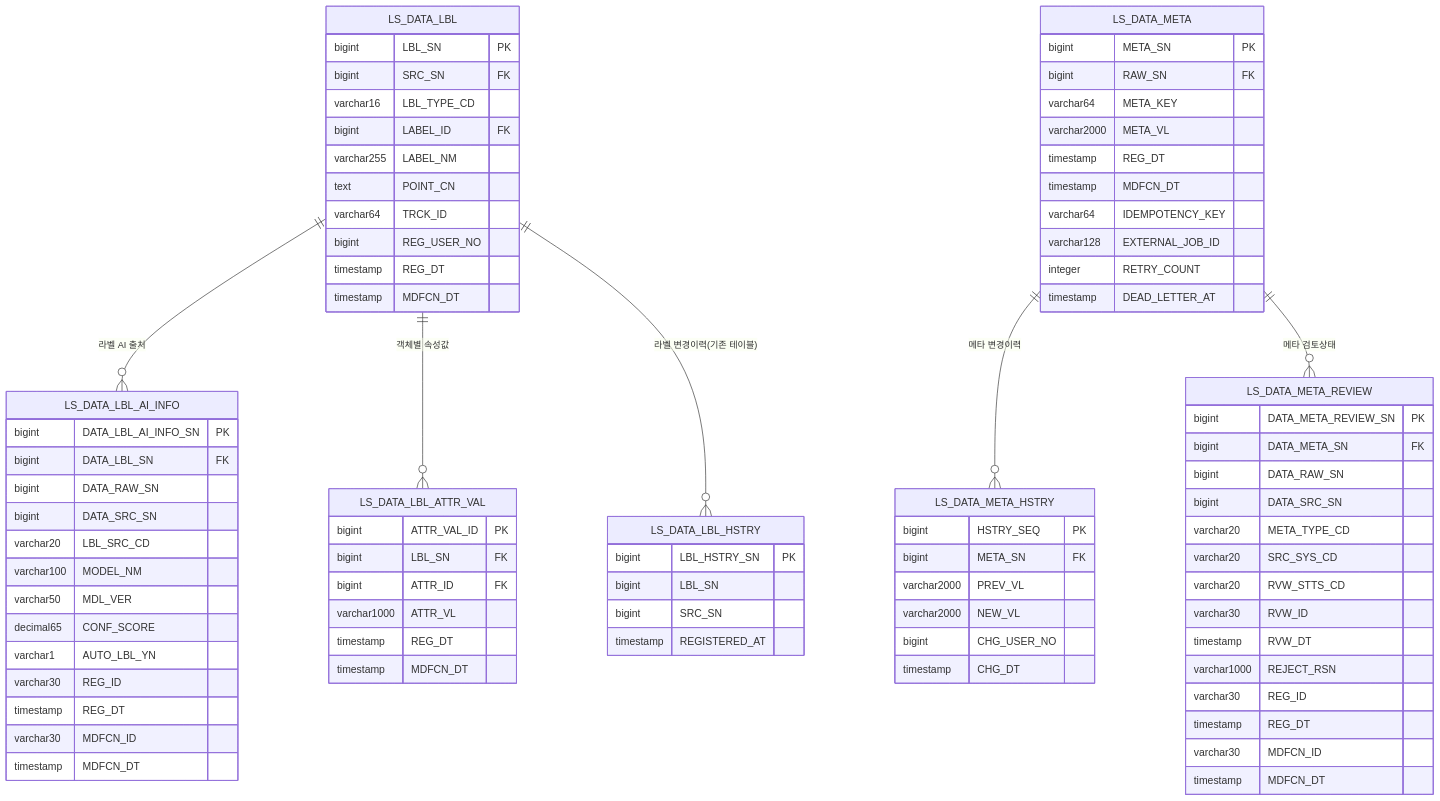
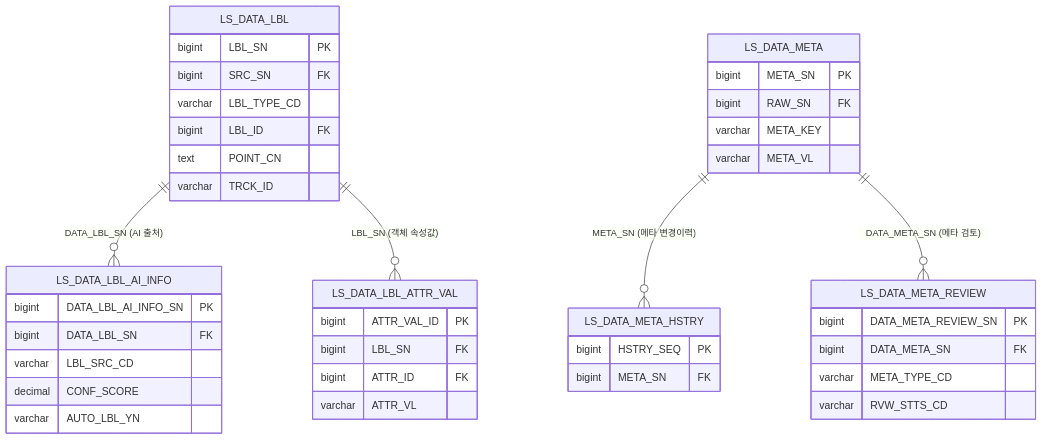
One commit to New-stella/klid-label changed the second of 13 diagrams in docs/design/D8-엔티티관계모형설계서.md. Above: the diagram before and after it, drawn with Mermaid. The commit also changed other lines of this file and 6 other files, not shown here.

````diff
--- a/docs/design/D8-엔티티관계모형설계서.md
+++ b/docs/design/D8-엔티티관계모형설계서.md
@@ -47,87 +102,44 @@
 ```mermaid
 erDiagram
+    LS_DATA_LBL ||--o{ LS_DATA_LBL_AI_INFO : "DATA_LBL_SN (AI 출처)"
+    LS_DATA_LBL ||--o{ LS_DATA_LBL_ATTR_VAL : "LBL_SN (객체 속성값)"
+    LS_DATA_META ||--o{ LS_DATA_META_HSTRY : "META_SN (메타 변경이력)"
+    LS_DATA_META ||--o{ LS_DATA_META_REVIEW : "DATA_META_SN (메타 검토)"
     LS_DATA_LBL {
         bigint LBL_SN PK
         bigint SRC_SN FK
-        varchar16 LBL_TYPE_CD
-        bigint LABEL_ID FK
-        varchar255 LABEL_NM
+        varchar LBL_TYPE_CD
+        bigint LBL_ID FK
         text POINT_CN
-        varchar64 TRCK_ID
-        bigint REG_USER_NO
-        timestamp REG_DT
-        timestamp MDFCN_DT
+        varchar TRCK_ID
     }
     LS_DATA_LBL_AI_INFO {
         bigint DATA_LBL_AI_INFO_SN PK
         bigint DATA_LBL_SN FK
-        bigint DATA_RAW_SN
-        bigint DATA_SRC_SN
-        varchar20 LBL_SRC_CD
-        varchar100 MODEL_NM
-        varchar50 MDL_VER
-        decimal65 CONF_SCORE
-        varchar1 AUTO_LBL_YN
-        varchar30 REG_ID
-        timestamp REG_DT
-        varchar30 MDFCN_ID
-        timestamp MDFCN_DT
+        varchar LBL_SRC_CD
+        decimal CONF_SCORE
+        varchar AUTO_LBL_YN
     }
     LS_DATA_LBL_ATTR_VAL {
         bigint ATTR_VAL_ID PK
         bigint LBL_SN FK
         bigint ATTR_ID FK
-        varchar1000 ATTR_VL
-        timestamp REG_DT
-        timestamp MDFCN_DT
+        varchar ATTR_VL
     }
     LS_DATA_META {
         bigint META_SN PK
         bigint RAW_SN FK
-        varchar64 META_KEY
-        varchar2000 META_VL
-        timestamp REG_DT
-        timestamp MDFCN_DT
-        varchar64 IDEMPOTENCY_KEY
-        varchar128 EXTERNAL_JOB_ID
-        integer RETRY_COUNT
-        timestamp DEAD_LETTER_AT
+        varchar META_KEY
+        varchar META_VL
     }
     LS_DATA_META_HSTRY {
         bigint HSTRY_SEQ PK
         bigint META_SN FK
-        varchar2000 PREV_VL
-        varchar2000 NEW_VL
-        bigint CHG_USER_NO
-        timestamp CHG_DT
     }
     LS_DATA_META_REVIEW {
         bigint DATA_META_REVIEW_SN PK
         bigint DATA_META_SN FK
-        bigint DATA_RAW_SN
-        bigint DATA_SRC_SN
-        varchar20 META_TYPE_CD
-        varchar20 SRC_SYS_CD
-        varchar20 RVW_STTS_CD
-        varchar30 RVW_ID
-        timestamp RVW_DT
-        varchar1000 REJECT_RSN
-        varchar30 REG_ID
-        timestamp REG_DT
-        varchar30 MDFCN_ID
-        timestamp MDFCN_DT
+        varchar META_TYPE_CD
+        varchar RVW_STTS_CD
     }
-
-    LS_DATA_LBL_HSTRY {
-        bigint LBL_HSTRY_SN PK
-        bigint LBL_SN
-        bigint SRC_SN
-        timestamp REGISTERED_AT
-    }
-
-    LS_DATA_LBL ||--o{ LS_DATA_LBL_AI_INFO : "라벨 AI 출처"
-    LS_DATA_LBL ||--o{ LS_DATA_LBL_ATTR_VAL : "객체별 속성값"
-    LS_DATA_LBL ||--o{ LS_DATA_LBL_HSTRY : "라벨 변경이력(기존 테이블)"
-    LS_DATA_META ||--o{ LS_DATA_META_HSTRY : "메타 변경이력"
-    LS_DATA_META ||--o{ LS_DATA_META_REVIEW : "메타 검토상태"
 ```
````
